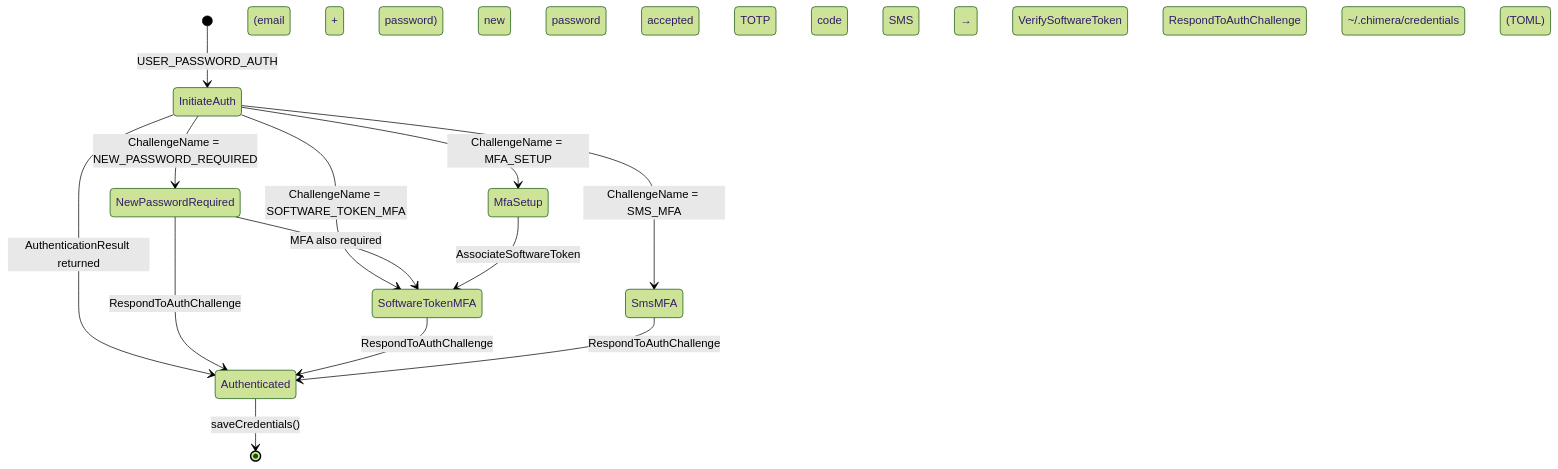
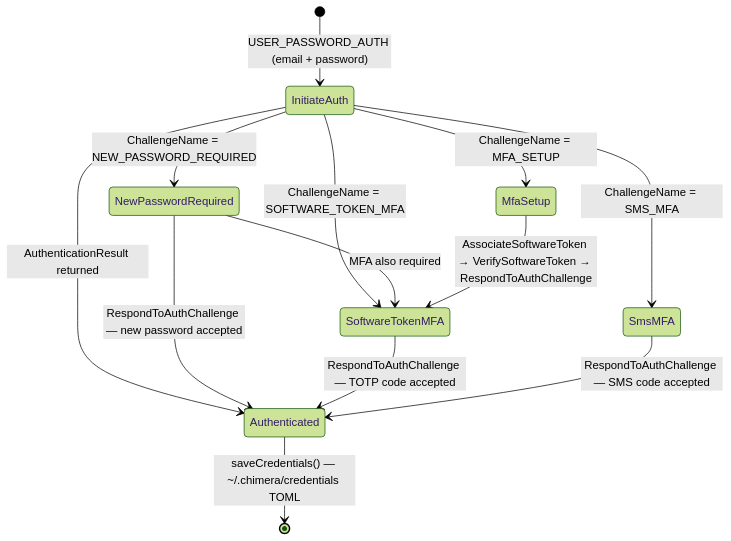
The fourth of 6 diagrams in docs/architecture/cli-lifecycle.md (Codeseys-Labs/chimera), drawn with Mermaid (forest theme) before and after one commit. The commit also changed other lines of this file and 1 other file, not shown here.

First line of the commit message:
fix(docs): apply mermaid diagram syntax fixes from builder-mermaid-fix

````diff
--- a/docs/architecture/cli-lifecycle.md
+++ b/docs/architecture/cli-lifecycle.md
@@ -165,28 +126,21 @@
 ```mermaid
 stateDiagram-v2
-    [*] --> InitiateAuth : USER_PASSWORD_AUTH
-    (email + password)
+    [*] --> InitiateAuth : USER_PASSWORD_AUTH (email + password)
 
     InitiateAuth --> Authenticated : AuthenticationResult returned
     InitiateAuth --> NewPasswordRequired : ChallengeName = NEW_PASSWORD_REQUIRED
     InitiateAuth --> SoftwareTokenMFA : ChallengeName = SOFTWARE_TOKEN_MFA
     InitiateAuth --> SmsMFA : ChallengeName = SMS_MFA
     InitiateAuth --> MfaSetup : ChallengeName = MFA_SETUP
 
-    NewPasswordRequired --> Authenticated : RespondToAuthChallenge
-    new password accepted
+    NewPasswordRequired --> Authenticated : RespondToAuthChallenge — new password accepted
     NewPasswordRequired --> SoftwareTokenMFA : MFA also required
 
-    SoftwareTokenMFA --> Authenticated : RespondToAuthChallenge
-    TOTP code accepted
+    SoftwareTokenMFA --> Authenticated : RespondToAuthChallenge — TOTP code accepted
 
-    SmsMFA --> Authenticated : RespondToAuthChallenge
-    SMS code accepted
+    SmsMFA --> Authenticated : RespondToAuthChallenge — SMS code accepted
 
-    MfaSetup --> SoftwareTokenMFA : AssociateSoftwareToken
-    → VerifySoftwareToken
-    → RespondToAuthChallenge
+    MfaSetup --> SoftwareTokenMFA : AssociateSoftwareToken → VerifySoftwareToken → RespondToAuthChallenge
 
-    Authenticated --> [*] : saveCredentials()
-    ~/.chimera/credentials (TOML)
+    Authenticated --> [*] : saveCredentials() — ~/.chimera/credentials TOML
 ```
````
